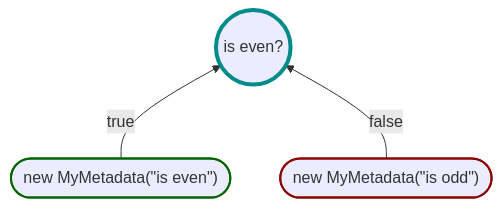
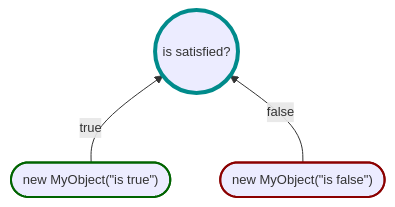
The diagram in tutorial/MetadataProposition.md (karlssberg/Motiv), drawn with Mermaid before and after one commit. The commit also changed other lines of this file and 161 other files, not shown here.

Commit message:
Added policy fluent builder methods/propositions that permit accessing the BooleanResultBase in the WhenTrue/WhenFalse/WhenTrueYield/WhenFalseYield Deprecated the Metadata property for a property called Values.

````diff
--- a/tutorial/MetadataProposition.md
+++ b/tutorial/MetadataProposition.md
@@ -7,10 +4,11 @@
 ```mermaid
+%%{init: { 'themeVariables': { 'fontSize': '13px' }}}%%
 flowchart BT
 
-    True([new MyMetadata&lpar;&quot;is even&quot;&rpar;]) -->|true| P((is even?))
-    False([new MyMetadata&lpar;&quot;is odd&quot;&rpar;]) -->|false| P
+    True(["new MyObject&lpar;&quot;is true&quot;&rpar;"]) -->|true| P((is satisfied?))
+    False(["new MyObject&lpar;&quot;is false&quot;&rpar;"]) -->|false| P
 
     style P stroke:darkcyan,stroke-width:4px
     style True stroke:darkgreen,stroke-width:2px
     style False stroke:darkred,stroke-width:2px
 ```
````
